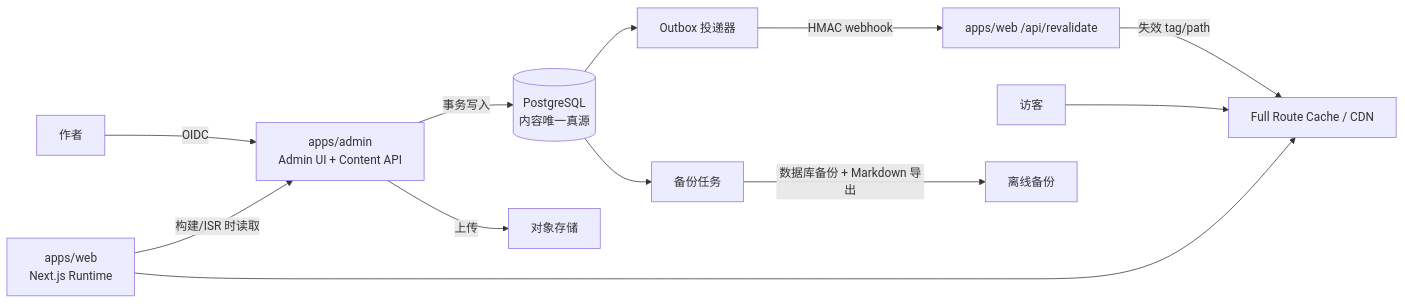
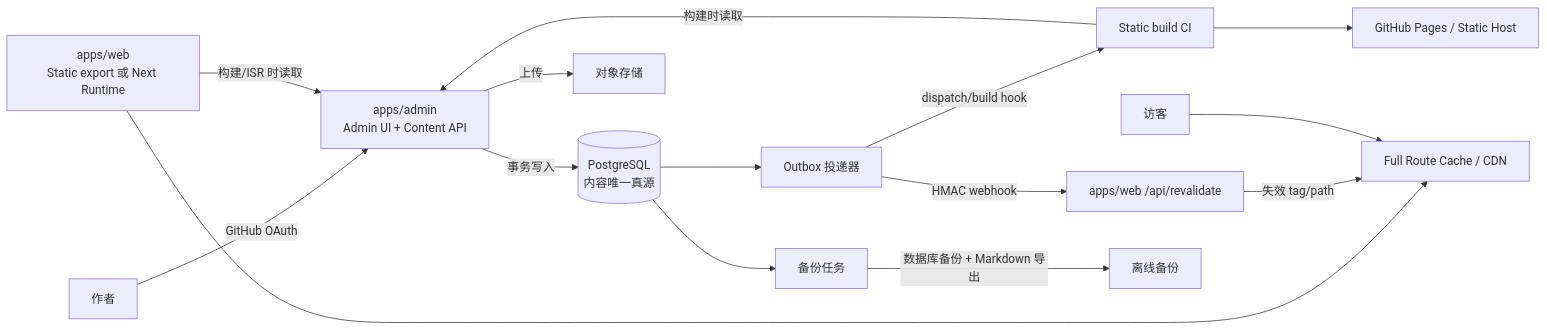
One commit to Lee-NG915/cBlog changed the first of 2 diagrams in docs/deployment/01-technical-design.md. Above: the diagram before and after it, drawn with Mermaid. The commit also changed other lines of this file and 16 other files, not shown here.

````diff
--- a/docs/deployment/01-technical-design.md
+++ b/docs/deployment/01-technical-design.md
@@ -73,14 +74,17 @@
 ```mermaid
 flowchart LR
-    U["作者"] -->|OIDC| A["apps/admin<br/>Admin UI + Content API"]
+    U["作者"] -->|"GitHub OAuth"| A["apps/admin<br/>Admin UI + Content API"]
     A -->|事务写入| DB[("PostgreSQL<br/>内容唯一真源")]
     A -->|上传| OS["对象存储"]
     DB --> O["Outbox 投递器"]
     O -->|"HMAC webhook"| R["apps/web /api/revalidate"]
-    W["apps/web<br/>Next.js Runtime"] -->|"构建/ISR 时读取"| A
+    O -->|"dispatch/build hook"| CI["Static build CI"]
+    W["apps/web<br/>Static export 或 Next Runtime"] -->|"构建/ISR 时读取"| A
+    CI -->|"构建时读取"| A
+    CI --> GP["GitHub Pages / Static Host"]
     W --> C["Full Route Cache / CDN"]
     R -->|"失效 tag/path"| C
     V["访客"] --> C
     B["备份任务"] -->|"数据库备份 + Markdown 导出"| BK["离线备份"]
     DB --> B
 ```
````
